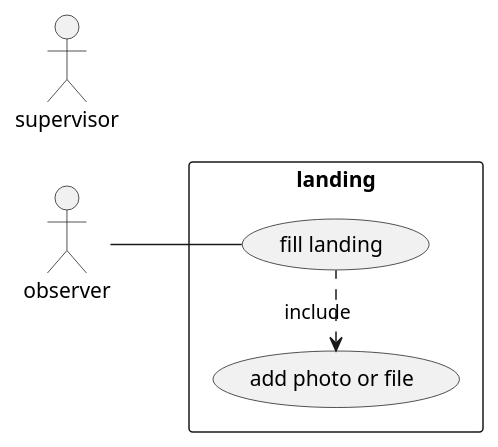
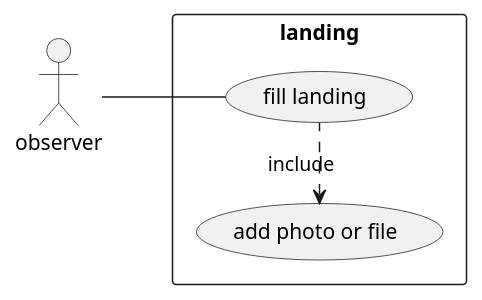
Before and after one commit to sumaris-net/sumaris-doc: the diagram in use-case/collect/landing-uc.puml, drawn with PlantUML. The commit also changed 1 other file, not shown here.

Commit message:
test plantuml

```diff
--- a/use-case/collect/landing-uc.puml
+++ b/use-case/collect/landing-uc.puml
@@ -1,12 +1,11 @@
 @startuml
 left to right direction
 skinparam packageStyle rectangle
 
 actor observer
-actor supervisor
 
 rectangle landing {
   observer -- (fill landing)
   (add photo or file) <. (fill landing) : include
 }
 @enduml
```
